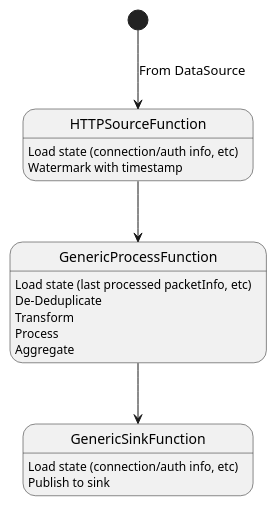
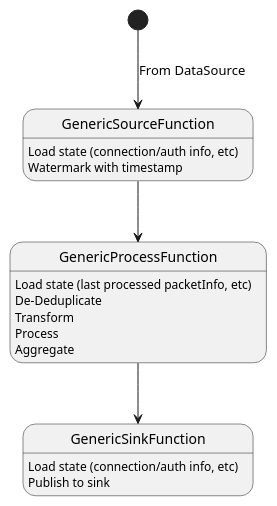
The diagram in docs/diagrams/AdaptorFlow.puml (datakaveri/iudx-adaptor-framework), drawn with PlantUML before and after one commit. The commit also changed 19 other files, not shown here.

```diff
--- a/docs/diagrams/AdaptorFlow.puml
+++ b/docs/diagrams/AdaptorFlow.puml
@@ -1,19 +1,19 @@
 @startuml
 
-[*] --> HTTPSourceFunction: From DataSource
-HTTPSourceFunction: Load state (connection/auth info, etc)
-HTTPSourceFunction: Watermark with timestamp
+[*] --> GenericSourceFunction: From DataSource
+GenericSourceFunction: Load state (connection/auth info, etc)
+GenericSourceFunction: Watermark with timestamp
 
-HTTPSourceFunction --> GenericProcessFunction
+GenericSourceFunction --> GenericProcessFunction
 GenericProcessFunction: Load state (last processed packetInfo, etc)
 GenericProcessFunction: De-Deduplicate
 GenericProcessFunction: Transform
 GenericProcessFunction: Process
 GenericProcessFunction: Aggregate
 
 
 GenericProcessFunction --> GenericSinkFunction
 GenericSinkFunction: Load state (connection/auth info, etc)
 GenericSinkFunction: Publish to sink
 
 @enduml
```
